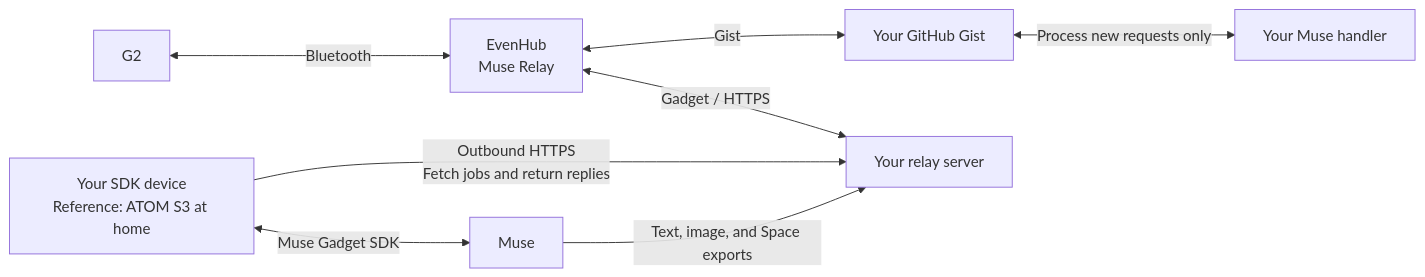
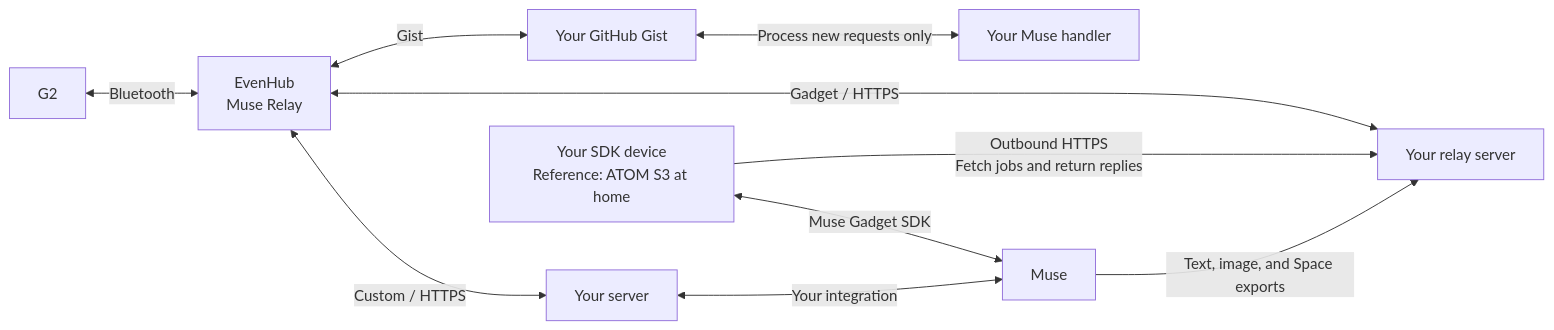
One commit to 3mintimer/muse-relay changed the first of 5 diagrams in docs/protocol.md. Above: the diagram before and after it, drawn with Mermaid. The commit also changed other lines of this file and 40 other files, not shown here.

Commit message:
feat: add custom HTTPS relay connections

````diff
--- a/docs/protocol.md
+++ b/docs/protocol.md
@@ -13,10 +13,12 @@
 ```mermaid
 flowchart LR
   G2[G2] <-->|Bluetooth| Phone[EvenHub<br/>Muse Relay]
   Phone <-->|Gist| Gist[Your GitHub Gist]
   Gist <-->|Process new requests only| Handler[Your Muse handler]
   Phone <-->|Gadget / HTTPS| Relay[Your relay server]
   ATOM[Your SDK device<br/>Reference: ATOM S3 at home] -->|Outbound HTTPS<br/>Fetch jobs and return replies| Relay
   ATOM <-->|Muse Gadget SDK| Muse[Muse]
   Muse -->|Text, image, and Space exports| Relay
+  Phone <-->|Custom / HTTPS| Custom[Your server]
+  Custom <-->|Your integration| Muse
 ```
````
